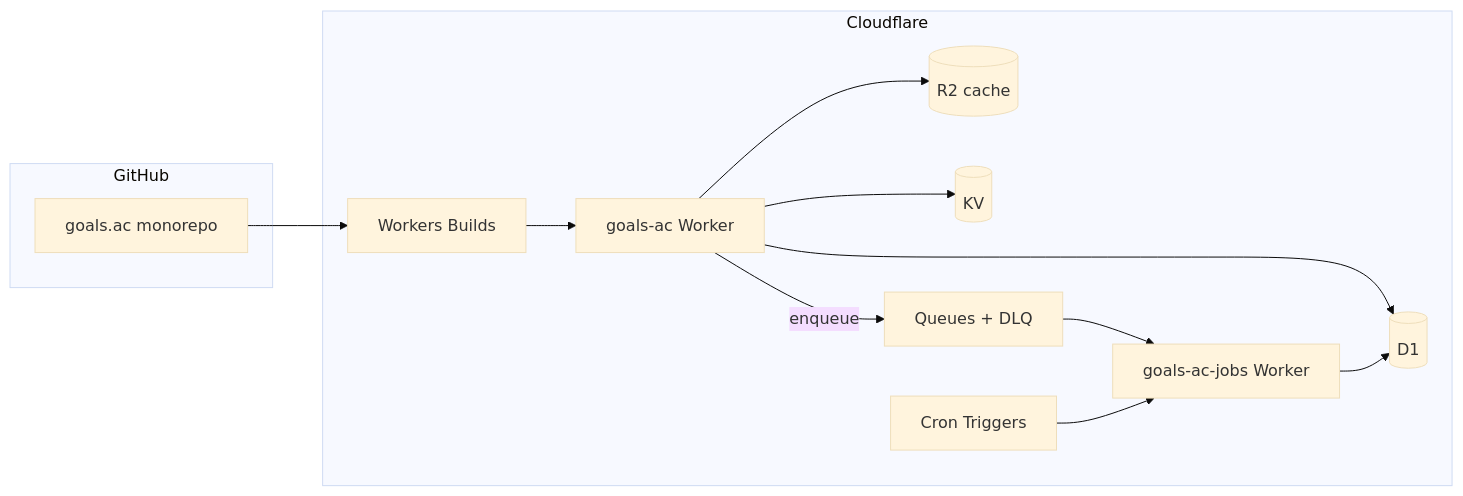
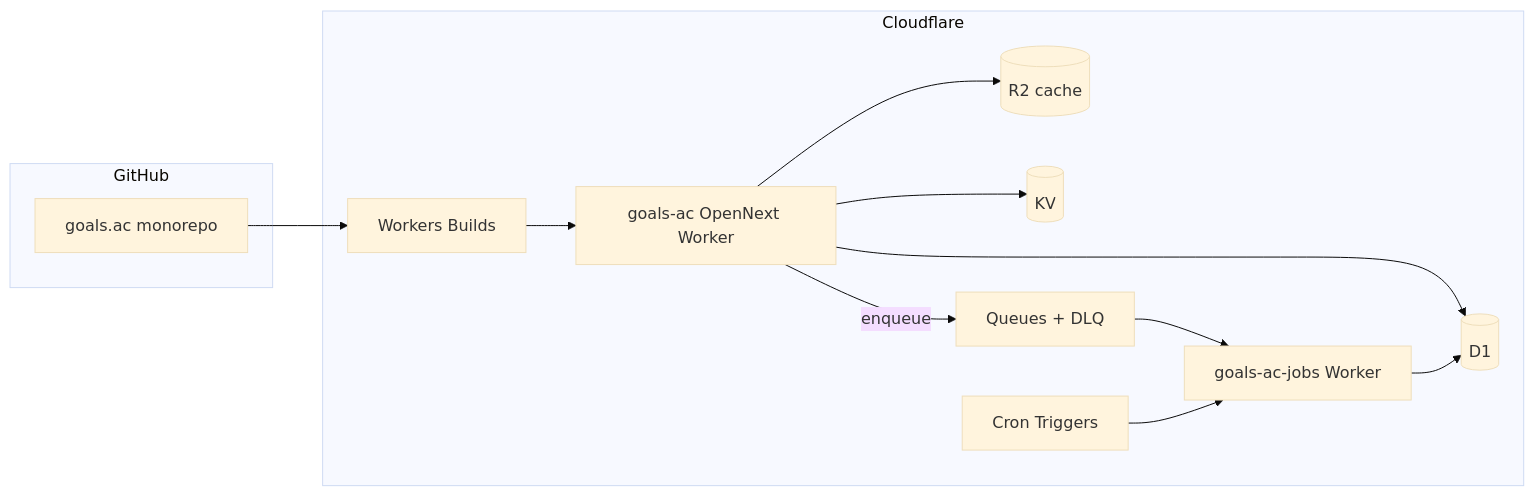
Before and after one commit to vineettalwar/goals.ac: the second of 2 diagrams in docs/deploy-cloudflare.md, drawn with Mermaid (base theme). The commit also changed other lines of this file, not shown here.

First line of the commit message:
docs: rewrite Cloudflare deployment guide for Edge Mesh architecture

````diff
--- a/docs/deploy-cloudflare.md
+++ b/docs/deploy-cloudflare.md
@@ -9,25 +62,25 @@
 ```mermaid
 flowchart LR
   subgraph GitHub
     Repo[goals.ac monorepo]
   end
   subgraph CF [Cloudflare]
     Builds[Workers Builds]
-    AppWorker[goals-ac Worker]
+    AppWorker[goals-ac OpenNext Worker]
     JobWorker[goals-ac-jobs Worker]
     D1[(D1)]
     R2[(R2 cache)]
     KV[(KV)]
     Queues[Queues + DLQ]
     Cron[Cron Triggers]
   end
   Repo --> Builds
   Builds --> AppWorker
   AppWorker --> D1
   AppWorker --> R2
   AppWorker --> KV
   AppWorker -->|enqueue| Queues
   Queues --> JobWorker
   Cron --> JobWorker
   JobWorker --> D1
 ```
````
